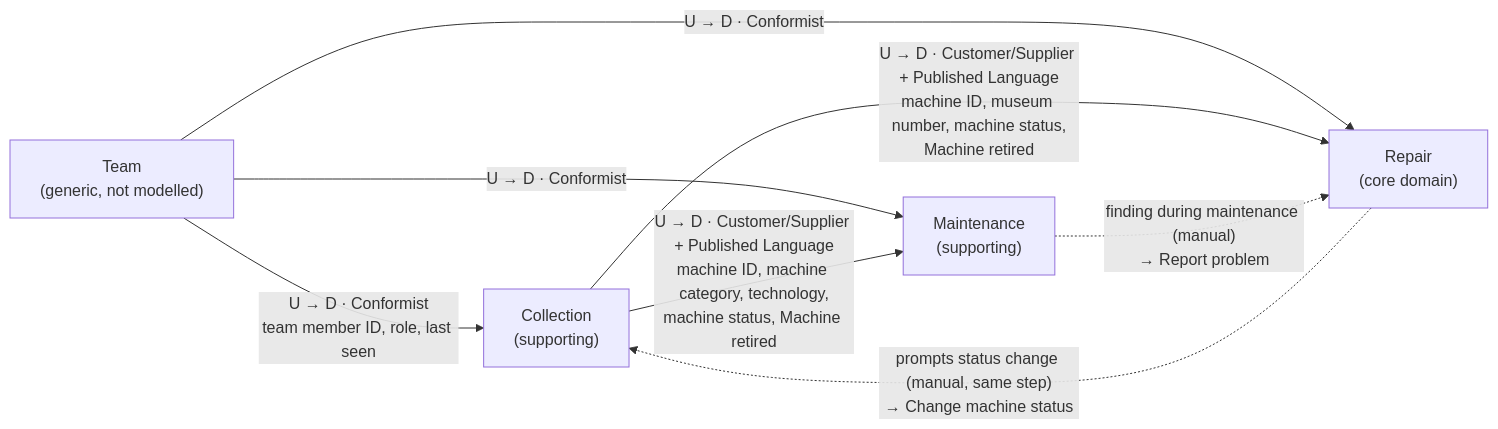
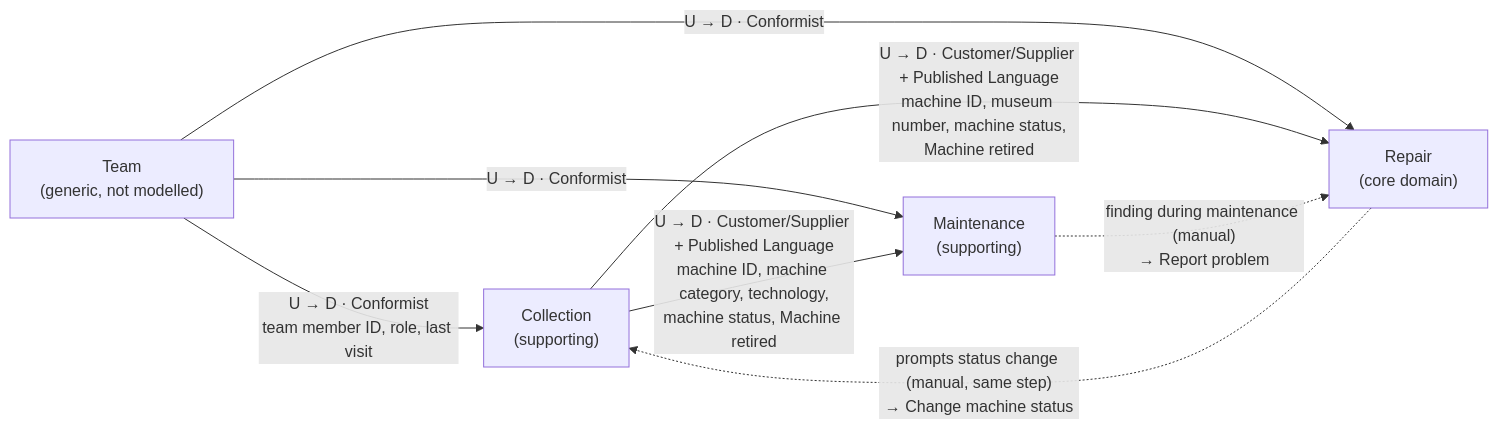
The diagram in docs/domain/context-map.md (hemi1986/laguardia), drawn with Mermaid before and after one commit. The commit also changed other lines of this file and 13 other files, not shown here.

First line of the commit message:
Grooming follow-through: unblock ST-007/ST-018, fix last visit everywhere

````diff
--- a/docs/domain/context-map.md
+++ b/docs/domain/context-map.md
@@ -18,17 +18,17 @@
 ```mermaid
 flowchart LR
     Team["Team<br/>(generic, not modelled)"]
     Collection["Collection<br/>(supporting)"]
     Repair["Repair<br/>(core domain)"]
     Maintenance["Maintenance<br/>(supporting)"]
 
-    Team -- "U → D · Conformist<br/>team member ID, role, last seen" --> Collection
+    Team -- "U → D · Conformist<br/>team member ID, role, last visit" --> Collection
     Team -- "U → D · Conformist" --> Repair
     Team -- "U → D · Conformist" --> Maintenance
 
     Collection -- "U → D · Customer/Supplier + Published Language<br/>machine ID, museum number, machine status,<br/>Machine retired" --> Repair
     Collection -- "U → D · Customer/Supplier + Published Language<br/>machine ID, machine category, technology,<br/>machine status, Machine retired" --> Maintenance
 
     Repair -. "prompts status change (manual, same step)<br/>→ Change machine status" .-> Collection
     Maintenance -. "finding during maintenance (manual)<br/>→ Report problem" .-> Repair
 ```
````
